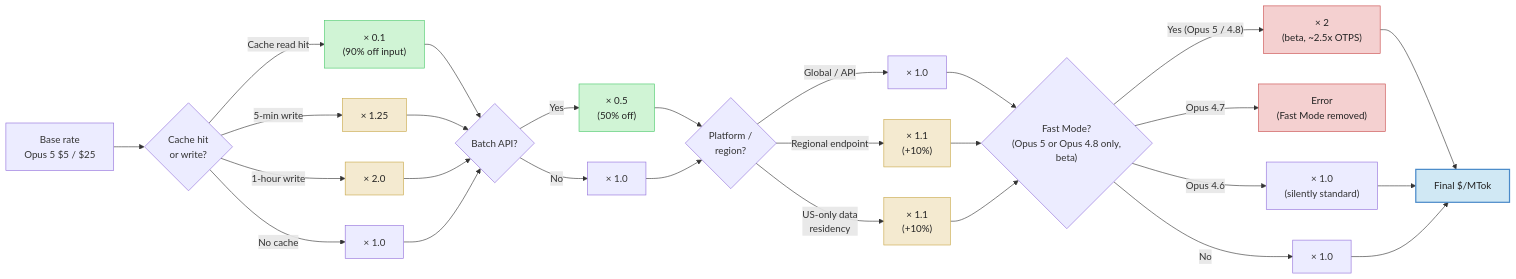
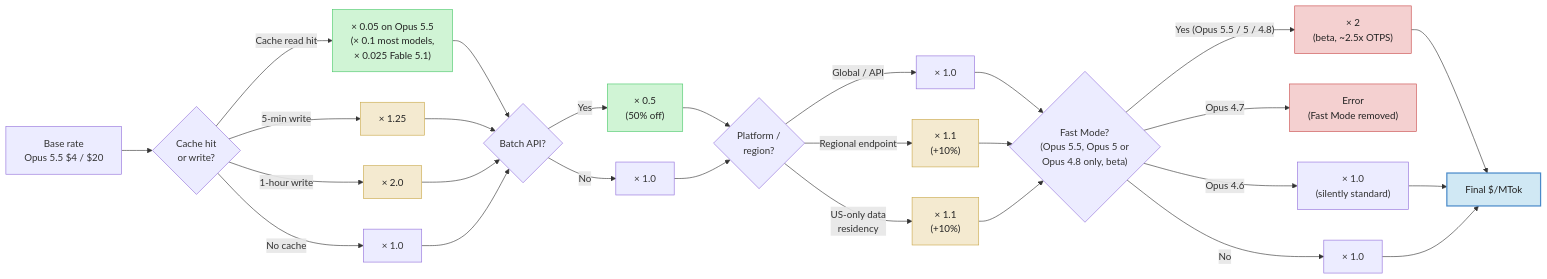
Before and after one commit to Sagargupta16/claude-cost-optimizer: the fifth of 5 diagrams in guides/diagrams.md, drawn with Mermaid. The commit also changed other lines of this file and 79 other files, not shown here.

````diff
--- a/guides/diagrams.md
+++ b/guides/diagrams.md
@@ -225,47 +227,47 @@
 ```mermaid
 flowchart LR
-    base["Base rate<br/>Opus 5 $5 / $25"] --> cache{"Cache hit<br/>or write?"}
+    base["Base rate<br/>Opus 5.5 $4 / $20"] --> cache{"Cache hit<br/>or write?"}
 
-    cache -- "Cache read hit" --> cacheRead["× 0.1<br/>(90% off input)"]
+    cache -- "Cache read hit" --> cacheRead["× 0.05 on Opus 5.5<br/>(× 0.1 most models,<br/>× 0.025 Fable 5.1)"]
     cache -- "5-min write" --> write5m["× 1.25"]
     cache -- "1-hour write" --> write1h["× 2.0"]
     cache -- "No cache" --> normal["× 1.0"]
 
     cacheRead --> batch{"Batch API?"}
     write5m --> batch
     write1h --> batch
     normal --> batch
 
     batch -- "Yes" --> batchYes["× 0.5<br/>(50% off)"]
     batch -- "No" --> batchNo["× 1.0"]
 
     batchYes --> region{"Platform /<br/>region?"}
     batchNo --> region
 
     region -- "Global / API" --> regGlobal["× 1.0"]
     region -- "Regional endpoint" --> regRegional["× 1.1<br/>(+10%)"]
     region -- "US-only data<br/>residency" --> regData["× 1.1<br/>(+10%)"]
 
-    regGlobal --> fast{"Fast Mode?<br/>(Opus 5 or Opus 4.8 only,<br/>beta)"}
+    regGlobal --> fast{"Fast Mode?<br/>(Opus 5.5, Opus 5 or<br/>Opus 4.8 only, beta)"}
     regRegional --> fast
     regData --> fast
 
-    fast -- "Yes (Opus 5 / 4.8)" --> fastYes["× 2<br/>(beta, ~2.5x OTPS)"]
+    fast -- "Yes (Opus 5.5 / 5 / 4.8)" --> fastYes["× 2<br/>(beta, ~2.5x OTPS)"]
     fast -- "Opus 4.7" --> fastErr["Error<br/>(Fast Mode removed)"]
     fast -- "Opus 4.6" --> fastSilent["× 1.0<br/>(silently standard)"]
     fast -- "No" --> fastNo["× 1.0"]
 
     fastYes --> final["Final $/MTok"]
     fastSilent --> final
     fastNo --> final
 
     classDef discount fill:#d0f4d5,stroke:#4ac96a,color:#222
     classDef premium fill:#f4ead0,stroke:#c9a84a,color:#222
     classDef expensive fill:#f4d0d0,stroke:#c94a4a,color:#222
     classDef result fill:#d0e8f4,stroke:#4a8ac9,stroke-width:2px,color:#222
 
     class cacheRead,batchYes discount
     class write5m,write1h,regRegional,regData premium
     class fastYes,fastErr expensive
     class final result
 ```
````
